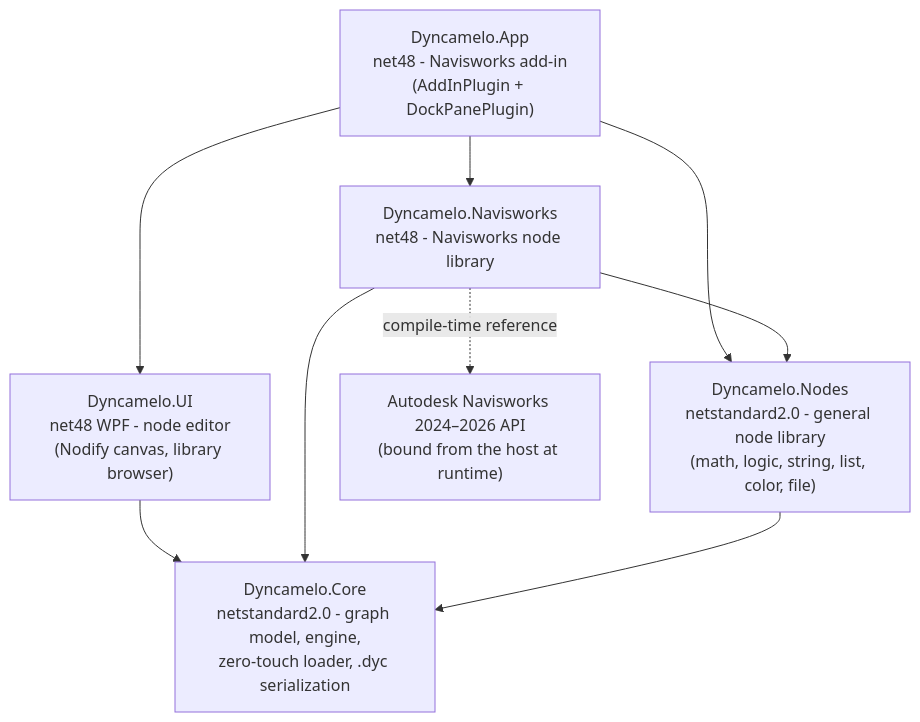
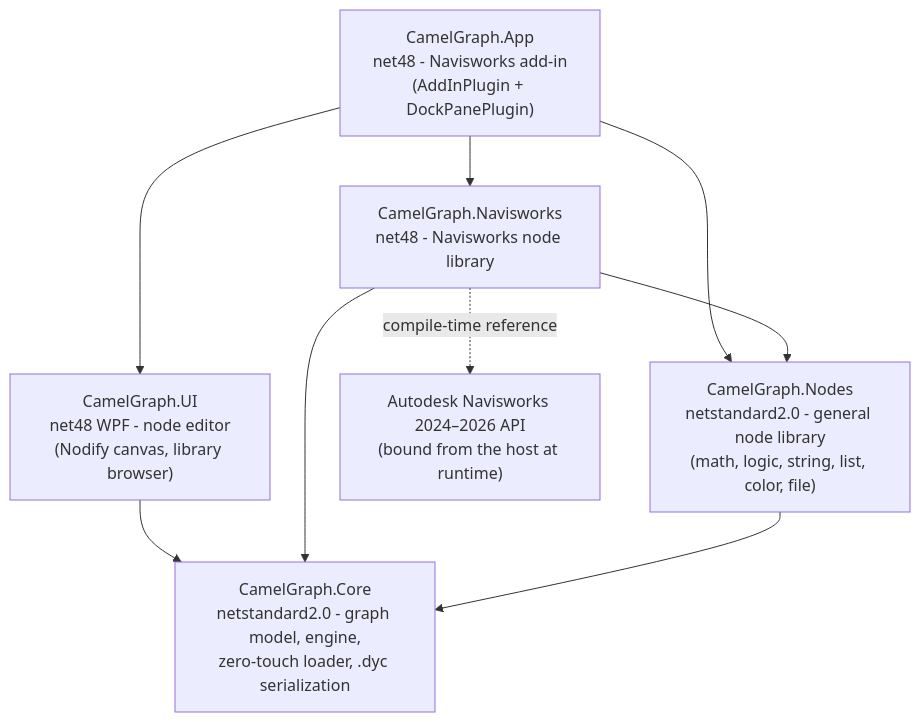
One commit to mrshoma99-rgb/Dyncamelo changed the diagram in README.md. Above: the diagram before and after it, drawn with Mermaid. The commit also changed other lines of this file and 1232 other files, not shown here.

````diff
--- a/README.md
+++ b/README.md
@@ -84,19 +84,19 @@
 ```mermaid
 graph TD
-    APP["Dyncamelo.App<br/>net48 - Navisworks add-in<br/>(AddInPlugin + DockPanePlugin)"]
-    UI["Dyncamelo.UI<br/>net48 WPF - node editor<br/>(Nodify canvas, library browser)"]
-    NAV["Dyncamelo.Navisworks<br/>net48 - Navisworks node library"]
-    NODES["Dyncamelo.Nodes<br/>netstandard2.0 - general node library<br/>(math, logic, string, list, color, file)"]
-    CORE["Dyncamelo.Core<br/>netstandard2.0 - graph model, engine,<br/>zero-touch loader, .dyc serialization"]
+    APP["CamelGraph.App<br/>net48 - Navisworks add-in<br/>(AddInPlugin + DockPanePlugin)"]
+    UI["CamelGraph.UI<br/>net48 WPF - node editor<br/>(Nodify canvas, library browser)"]
+    NAV["CamelGraph.Navisworks<br/>net48 - Navisworks node library"]
+    NODES["CamelGraph.Nodes<br/>netstandard2.0 - general node library<br/>(math, logic, string, list, color, file)"]
+    CORE["CamelGraph.Core<br/>netstandard2.0 - graph model, engine,<br/>zero-touch loader, .dyc serialization"]
 
     APP --> UI
     APP --> NAV
     APP --> NODES
     UI --> CORE
     NAV --> CORE
     NAV --> NODES
     NODES --> CORE
 
     NWAPI["Autodesk Navisworks 2024–2026 API<br/>(bound from the host at runtime)"]
     NAV -.compile-time reference.-> NWAPI
 ```
````
